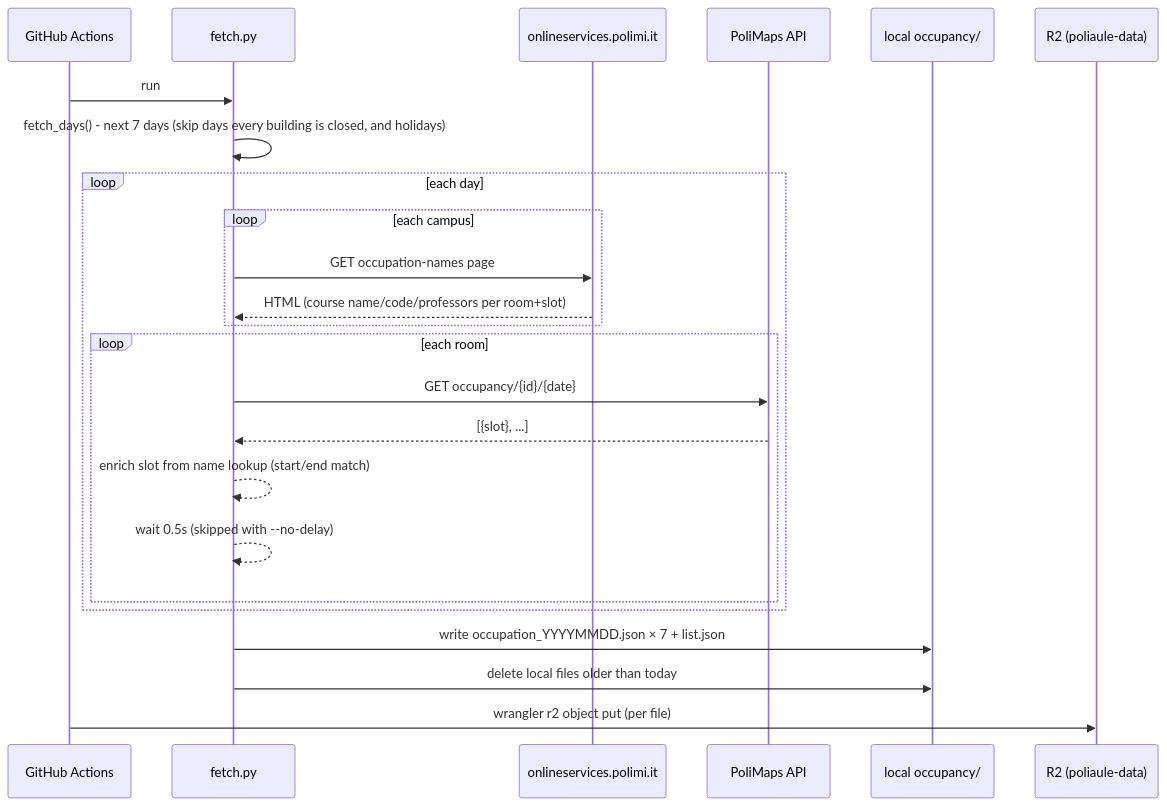
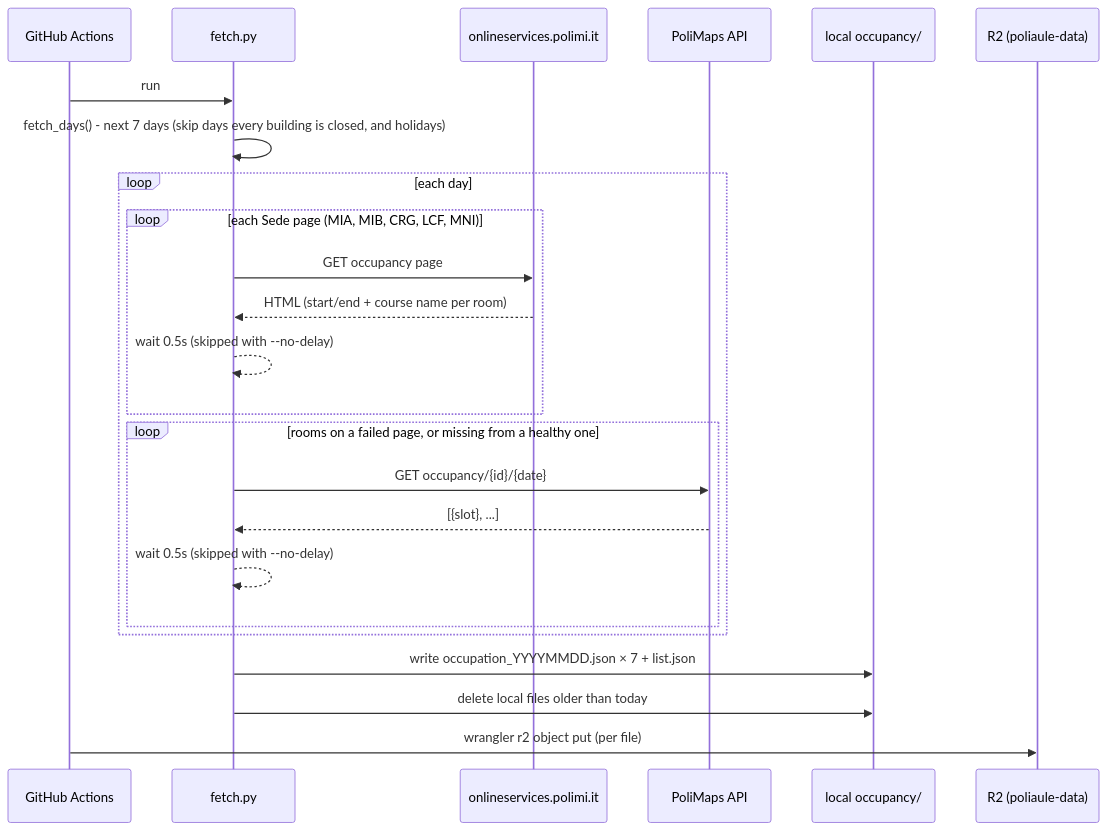
The second of 4 diagrams in docs/architecture.md (SummaCristian/PoliAule), drawn with Mermaid before and after one commit. The commit also changed other lines of this file and 7 other files, not shown here.

Commit message:
Updated flow to make use of the new backend

````diff
--- a/docs/architecture.md
+++ b/docs/architecture.md
@@ -70,27 +70,27 @@
 ```mermaid
 sequenceDiagram
     participant GHA as GitHub Actions
     participant PY as fetch.py
     participant NAMES as onlineservices.polimi.it
     participant API as PoliMaps API
     participant FS as local occupancy/
     participant R2 as R2 (poliaule-data)
 
     GHA->>PY: run
     PY->>PY: fetch_days() - next 7 days (skip days every building is closed, and holidays)
     loop each day
-        loop each campus
-            PY->>NAMES: GET occupation-names page
-            NAMES-->>PY: HTML (course name/code/professors per room+slot)
+        loop each Sede page (MIA, MIB, CRG, LCF, MNI)
+            PY->>NAMES: GET occupancy page
+            NAMES-->>PY: HTML (start/end + course name per room)
+            PY-->>PY: wait 0.5s (skipped with --no-delay)
         end
-        loop each room
+        loop rooms on a failed page, or missing from a healthy one
             PY->>API: GET occupancy/{id}/{date}
             API-->>PY: [{slot}, ...]
-            PY-->>PY: enrich slot from name lookup (start/end match)
             PY-->>PY: wait 0.5s (skipped with --no-delay)
         end
     end
     PY->>FS: write occupation_YYYYMMDD.json × 7 + list.json
     PY->>FS: delete local files older than today
     GHA->>R2: wrangler r2 object put (per file)
 ```
````
